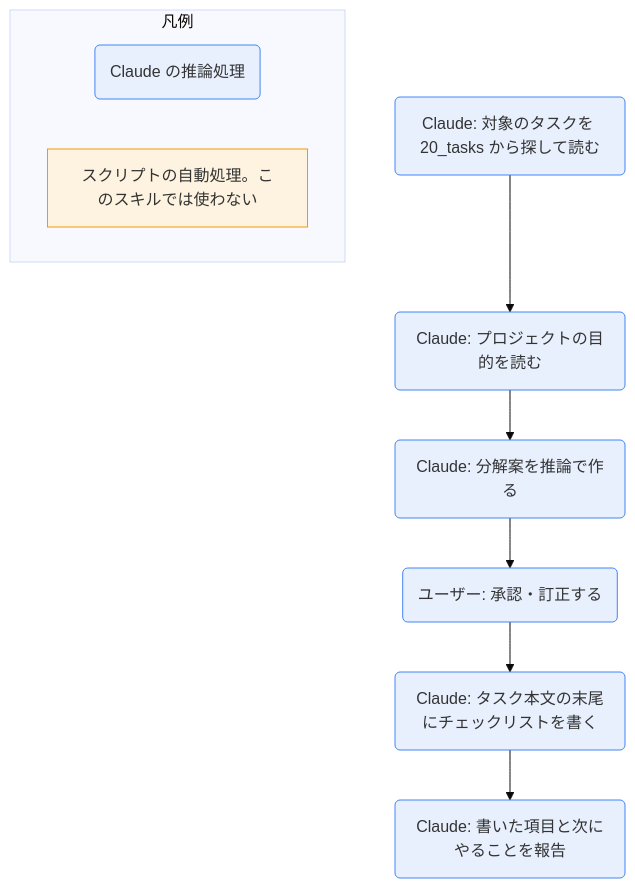
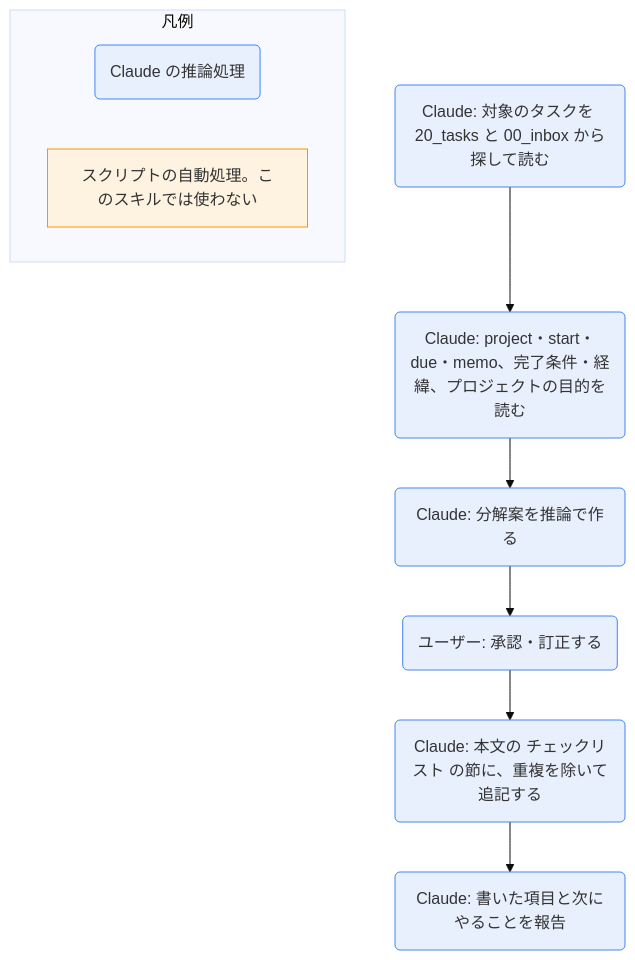
Before and after one commit to asama0101/obsidian-claude: the diagram in 90_system/skill-docs/task-split.md, drawn with Mermaid (base theme). The commit also changed other lines of this file and 66 other files, not shown here.

````diff
--- a/90_system/skill-docs/task-split.md
+++ b/90_system/skill-docs/task-split.md
@@ -32,15 +32,15 @@
 ```mermaid
 flowchart TD
-  A(Claude: 対象のタスクを 20_tasks から探して読む) --> B(Claude: プロジェクトの目的を読む)
+  A(Claude: 対象のタスクを 20_tasks と 00_inbox から探して読む) --> B(Claude: project・start・due・memo、完了条件・経緯、プロジェクトの目的を読む)
   B --> C(Claude: 分解案を推論で作る)
   C --> D(ユーザー: 承認・訂正する)
-  D --> E(Claude: タスク本文の末尾にチェックリストを書く)
+  D --> E(Claude: 本文の チェックリスト の節に、重複を除いて追記する)
   E --> F(Claude: 書いた項目と次にやることを報告)
   classDef ai fill:#e8f0fe,stroke:#4285f4
   classDef sc fill:#fef3e0,stroke:#f29900
   class A,B,C,D,E,F ai
   subgraph 凡例
     L1(Claude の推論処理):::ai
     L2[スクリプトの自動処理。このスキルでは使わない]:::sc
   end
 ```
````
